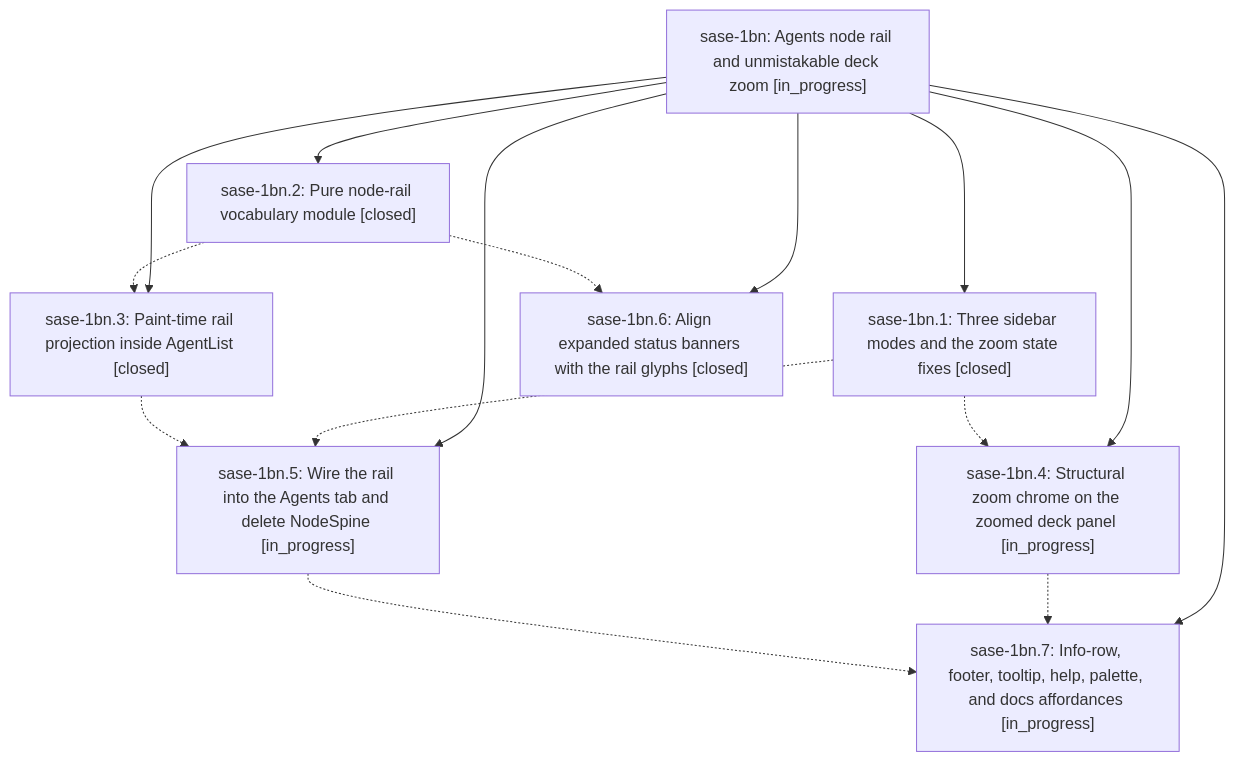
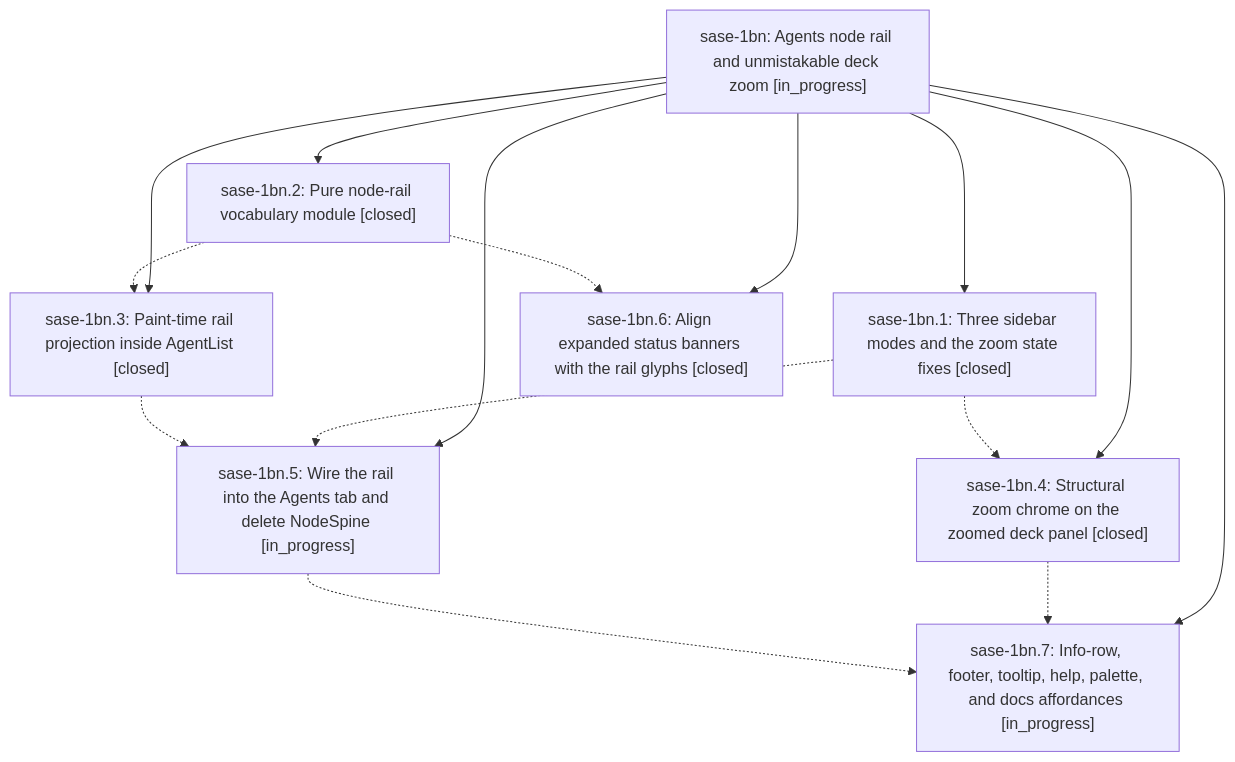
Before and after one commit to sase-org/sase--beads: the diagram in pages/sase-1bn/README.md, drawn with Mermaid. The commit also changed other lines of this file and 3 other files, not shown here.

````diff
--- a/pages/sase-1bn/README.md
+++ b/pages/sase-1bn/README.md
@@ -40,25 +40,25 @@
 ```mermaid
 flowchart TD
     n0["sase-1bn: Agents node rail and unmistakable deck zoom [in_progress]"]
     n1["sase-1bn.1: Three sidebar modes and the zoom state fixes [closed]"]
     n2["sase-1bn.2: Pure node-rail vocabulary module [closed]"]
     n3["sase-1bn.3: Paint-time rail projection inside AgentList [closed]"]
-    n4["sase-1bn.4: Structural zoom chrome on the zoomed deck panel [in_progress]"]
+    n4["sase-1bn.4: Structural zoom chrome on the zoomed deck panel [closed]"]
     n5["sase-1bn.5: Wire the rail into the Agents tab and delete NodeSpine [in_progress]"]
     n6["sase-1bn.6: Align expanded status banners with the rail glyphs [closed]"]
     n7["sase-1bn.7: Info-row, footer, tooltip, help, palette, and docs affordances [in_progress]"]
     n0 --> n1
     n0 --> n2
     n0 --> n3
     n0 --> n4
     n0 --> n5
     n0 --> n6
     n0 --> n7
     n1 -.-> n4
     n1 -.-> n5
     n2 -.-> n3
     n2 -.-> n6
     n3 -.-> n5
     n4 -.-> n7
     n5 -.-> n7
 ```
````
